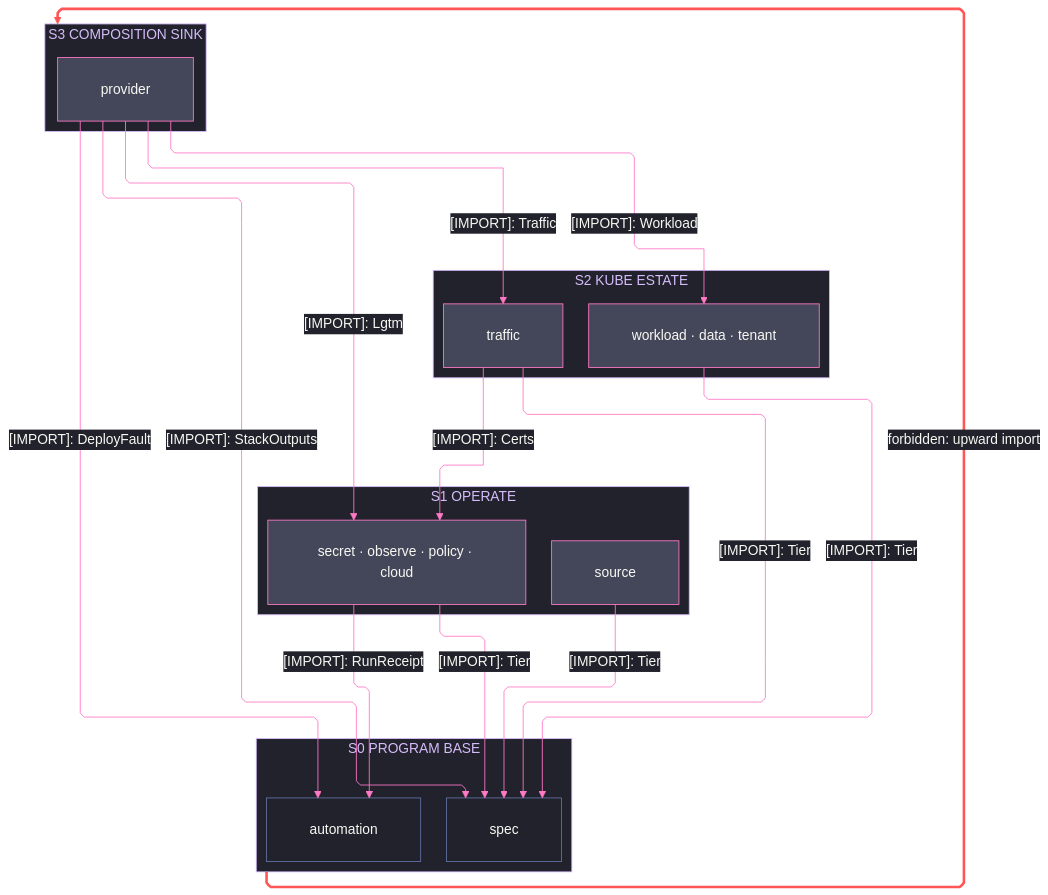
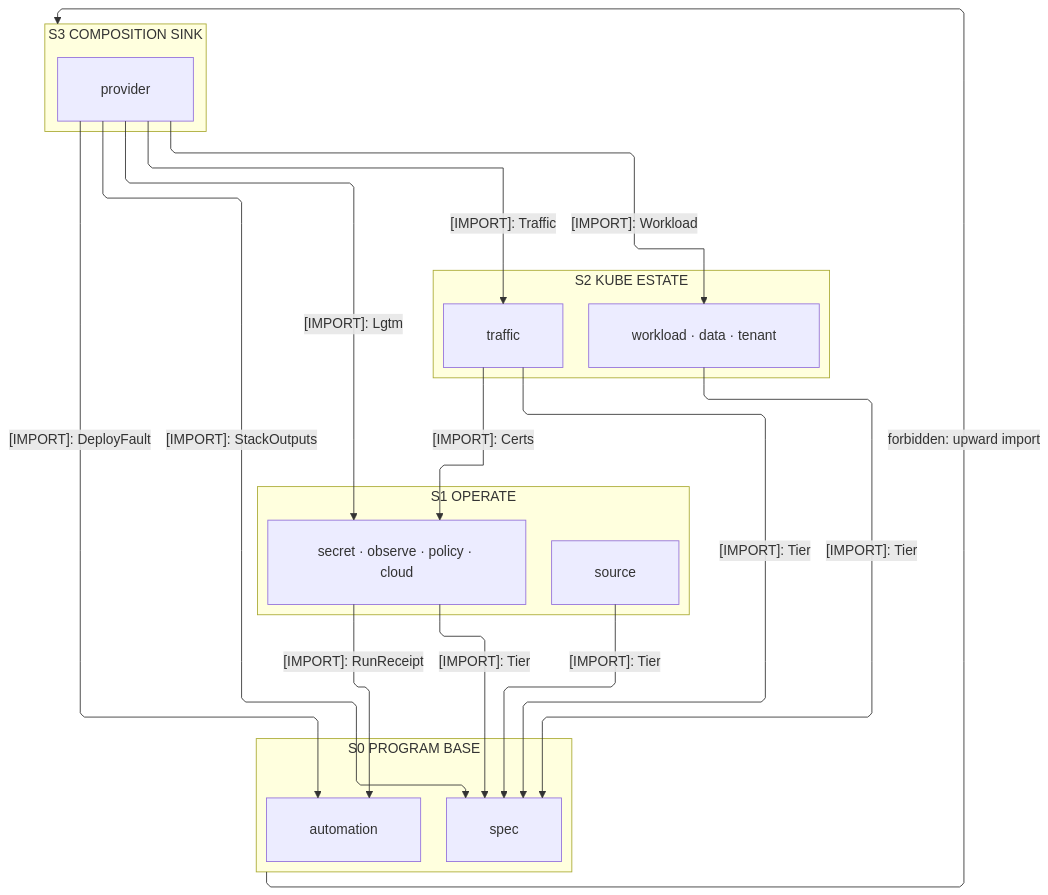
Before and after one commit to bsamiee/Rasm: the first of 2 diagrams in libs/typescript/iac/ARCHITECTURE.md, drawn with Mermaid. The commit also changed other lines of this file and 460 other files, not shown here.

````diff
--- a/libs/typescript/iac/ARCHITECTURE.md
+++ b/libs/typescript/iac/ARCHITECTURE.md
@@ -34,66 +34,39 @@
 ```mermaid
 ---
 config:
-  theme: base
-  look: classic
   layout: elk
   flowchart:
     curve: linear
     padding: 25
-  themeVariables:
-    darkMode: true
-    fontFamily: "SF Mono, Menlo, Cascadia Mono, Segoe UI Mono, Consolas, monospace"
-    useGradient: false
-    dropShadow: "none"
-    background: "#282A36"
-    primaryColor: "#44475A"
-    primaryTextColor: "#F8F8F2"
-    primaryBorderColor: "#BD93F9"
-    lineColor: "#FF79C6"
-    textColor: "#F8F8F2"
-    clusterBkg: "#21222C"
-    clusterBorder: "#D6BCFA"
-    edgeLabelBackground: "#21222C"
-    labelBackgroundColor: "#21222C"
-    titleColor: "#D6BCFA"
-  themeCSS: ".nodeLabel{font-size:13px;font-weight:500}.edgeLabel{font-size:12px;font-weight:500}.cluster-label .nodeLabel{font-size:13.5px;font-weight:700;letter-spacing:.08em}.edge-thickness-normal{stroke-width:2px}.edge-thickness-thick{stroke-width:3px}.edge-pattern-dashed,.edge-pattern-dotted{stroke-width:1.5px;stroke-dasharray:4 6}.node rect,.node circle,.node polygon,.node path,.node .outer-path{stroke-width:1.5px;filter:none!important}.cluster rect{stroke-width:1px!important;stroke-dasharray:5 4!important;filter:none!important}.marker path{transform:scale(.8);transform-origin:5px 5px}.marker circle{transform:scale(.48);transform-origin:5px 5px}.edgeLabel rect{transform-box:fill-box;transform-origin:center;transform:scale(1.1,1.2)}"
 ---
 flowchart TB
     accTitle: Iac interior import strata
-    accDescr: Four interior waves — the provider composition sink over the kube estate over the operate plane onto the spec and automation co-base — every import downward, labeled edges naming one sourced type each, and one forbidden upward edge styled red.
+    accDescr: Four interior waves — the provider composition sink over the kube estate over the operate plane onto the spec and automation co-base — every import downward, labeled edges naming one sourced type each, and one edge marking the forbidden upward import.
     subgraph S3["S3 COMPOSITION SINK"]
         Provider[provider]
     end
     subgraph S2["S2 KUBE ESTATE"]
         Kube["workload · data · tenant"]
         Traffic[traffic]
     end
     subgraph S1["S1 OPERATE"]
         Operate["secret · observe · policy · cloud"]
         Source[source]
     end
     subgraph S0["S0 PROGRAM BASE"]
         Spec[spec]
         Automation[automation]
     end
     Operate e1@-->|"[IMPORT]: Tier"| Spec
     Operate e2@-->|"[IMPORT]: RunReceipt"| Automation
     Source e3@-->|"[IMPORT]: Tier"| Spec
     Kube e4@-->|"[IMPORT]: Tier"| Spec
     Traffic e5@-->|"[IMPORT]: Tier"| Spec
     Traffic e6@-->|"[IMPORT]: Certs"| Operate
     Provider e7@-->|"[IMPORT]: StackOutputs"| Spec
     Provider e8@-->|"[IMPORT]: DeployFault"| Automation
     Provider e9@-->|"[IMPORT]: Workload"| Kube
     Provider e10@-->|"[IMPORT]: Traffic"| Traffic
     Provider e11@-->|"[IMPORT]: Lgtm"| Operate
     S0 f1@-->|"forbidden: upward import"| S3
-    classDef primary fill:#44475A,stroke:#FF79C6,color:#F8F8F2
-    classDef recessed fill:#21222C,stroke:#6272A4,color:#F8F8F2
-    classDef edgeControl stroke:#FF79C6,color:#F8F8F2
-    classDef edgeError stroke:#FF5555,stroke-width:3px,color:#F8F8F2
-    class Provider,Kube,Traffic,Operate,Source primary
-    class Spec,Automation recessed
-    class e1,e2,e3,e4,e5,e6,e7,e8,e9,e10,e11 edgeControl
-    class f1 edgeError
 ```
````
